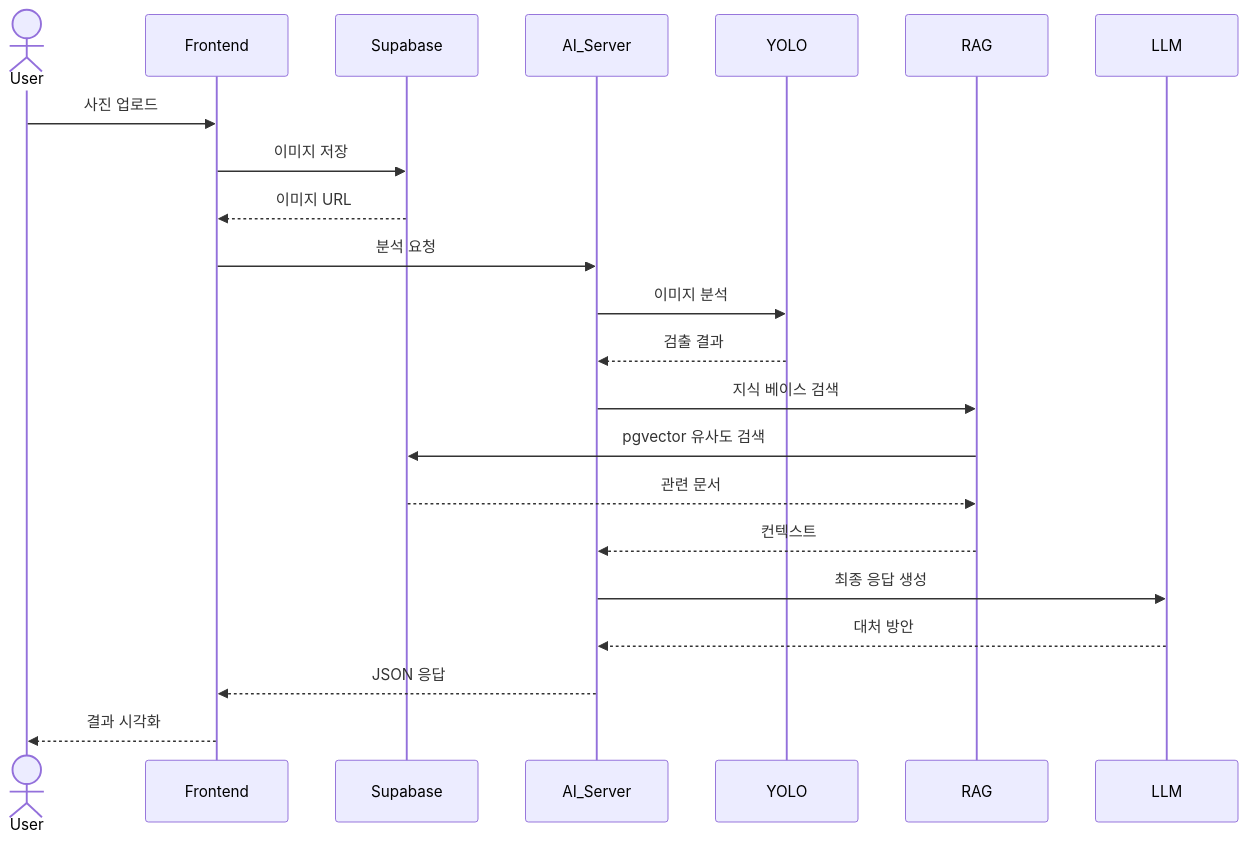
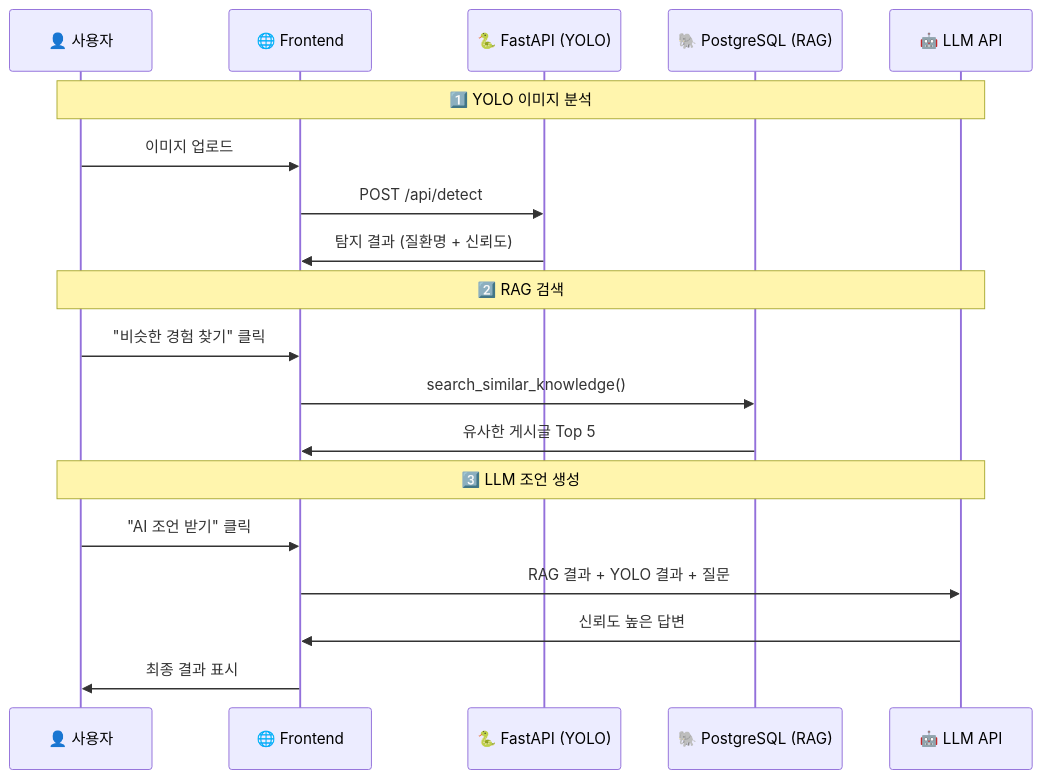
Before and after one commit to LYSS-LGU/wh07-3rd-Fetpal: the eighth of 8 diagrams in README.md, drawn with Mermaid. The commit also changed other lines of this file, not shown here.

Commit message:
docs: Add RAG-LLM as README

````diff
--- a/README.md
+++ b/README.md
@@ -250,25 +610,24 @@
 ```mermaid
 sequenceDiagram
-    actor User
-    participant Frontend
-    participant Supabase
-    participant AI_Server
-    participant YOLO
-    participant RAG
-    participant LLM
+    participant User as 👤 사용자
+    participant Frontend as 🌐 Frontend
+    participant FastAPI as 🐍 FastAPI (YOLO)
+    participant PostgreSQL as 🐘 PostgreSQL (RAG)
+    participant LLM as 🤖 LLM API
 
-    User->>Frontend: 사진 업로드
-    Frontend->>Supabase: 이미지 저장
-    Supabase-->>Frontend: 이미지 URL
-    Frontend->>AI_Server: 분석 요청
-    AI_Server->>YOLO: 이미지 분석
-    YOLO-->>AI_Server: 검출 결과
-    AI_Server->>RAG: 지식 베이스 검색
-    RAG->>Supabase: pgvector 유사도 검색
-    Supabase-->>RAG: 관련 문서
-    RAG-->>AI_Server: 컨텍스트
-    AI_Server->>LLM: 최종 응답 생성
-    LLM-->>AI_Server: 대처 방안
-    AI_Server-->>Frontend: JSON 응답
-    Frontend-->>User: 결과 시각화
+    Note over User,LLM: 1️⃣ YOLO 이미지 분석
+    User->>Frontend: 이미지 업로드
+    Frontend->>FastAPI: POST /api/detect
+    FastAPI->>Frontend: 탐지 결과 (질환명 + 신뢰도)
+
+    Note over User,LLM: 2️⃣ RAG 검색
+    User->>Frontend: "비슷한 경험 찾기" 클릭
+    Frontend->>PostgreSQL: search_similar_knowledge()
+    PostgreSQL->>Frontend: 유사한 게시글 Top 5
+
+    Note over User,LLM: 3️⃣ LLM 조언 생성
+    User->>Frontend: "AI 조언 받기" 클릭
+    Frontend->>LLM: RAG 결과 + YOLO 결과 + 질문
+    LLM->>Frontend: 신뢰도 높은 답변
+    Frontend->>User: 최종 결과 표시
 ```
````
